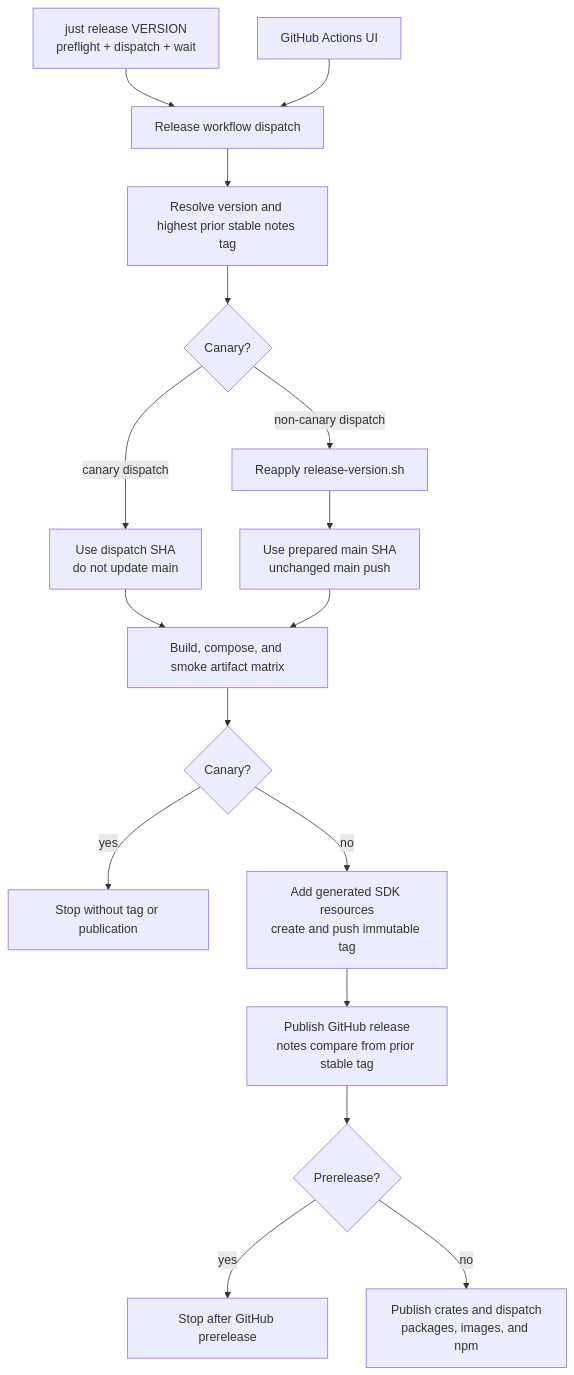
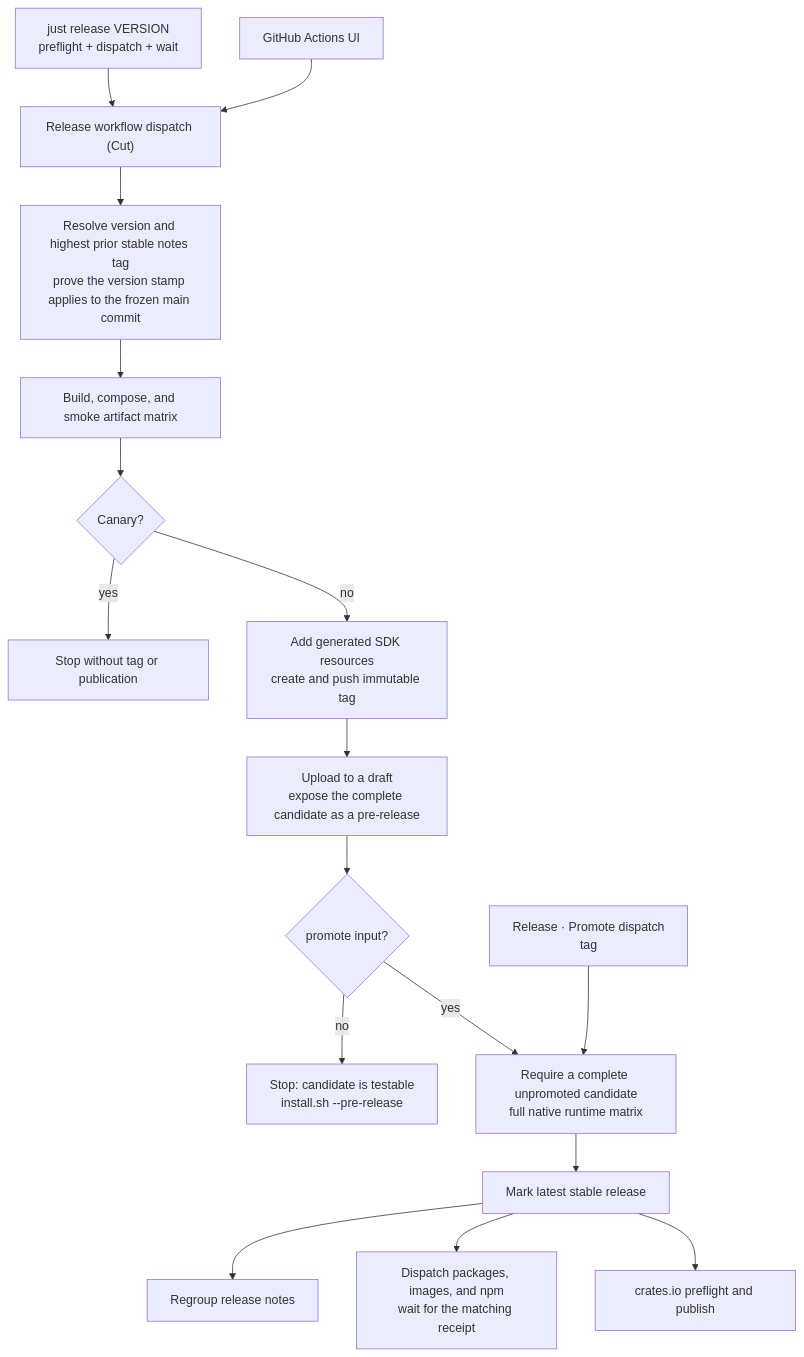
The first of 3 diagrams in ci/ci.md (Mesh-LLM/mesh-llm), drawn with Mermaid before and after one commit. The commit also changed other lines of this file and 20 other files, not shown here.

First line of the commit message:
ci(release): cut a real release candidate and promote it without a rebuild

````diff
--- a/ci/ci.md
+++ b/ci/ci.md
@@ -897,19 +905,19 @@
 ```mermaid
 flowchart TD
-    JUST["just release VERSION<br/>preflight + dispatch + wait"] --> DISPATCH["Release workflow dispatch"]
+    JUST["just release VERSION<br/>preflight + dispatch + wait"] --> DISPATCH["Release workflow dispatch (Cut)"]
     UI["GitHub Actions UI"] --> DISPATCH
-    DISPATCH --> META["Resolve version and highest prior stable notes tag"]
-    META --> PATH{"Canary?"}
-    PATH -- "canary dispatch" --> CANARY["Use dispatch SHA<br/>do not update main"]
-    PATH -- "non-canary dispatch" --> BUMP["Reapply release-version.sh"]
-    BUMP --> VERSION_COMMIT["Use prepared main SHA<br/>unchanged main push"]
-    CANARY --> BUILD["Build, compose, and smoke artifact matrix"]
-    VERSION_COMMIT --> BUILD
+    DISPATCH --> META["Resolve version and highest prior stable notes tag<br/>prove the version stamp applies to the frozen main commit"]
+    META --> BUILD["Build, compose, and smoke artifact matrix"]
     BUILD --> PUBLISHABLE{"Canary?"}
     PUBLISHABLE -- "yes" --> CANARY_DONE["Stop without tag or publication"]
     PUBLISHABLE -- "no" --> PREPARE_TAG["Add generated SDK resources<br/>create and push immutable tag"]
-    PREPARE_TAG --> RELEASE["Publish GitHub release<br/>notes compare from prior stable tag"]
-    RELEASE --> KIND{"Prerelease?"}
-    KIND -- "yes" --> RC_DONE["Stop after GitHub prerelease"]
-    KIND -- "no" --> DOWNSTREAM["Publish crates and dispatch<br/>packages, images, and npm"]
+    PREPARE_TAG --> RELEASE["Upload to a draft<br/>expose the complete candidate as a pre-release"]
+    RELEASE --> AUTO{"promote input?"}
+    AUTO -- "no" --> CANDIDATE_DONE["Stop: candidate is testable<br/>install.sh --pre-release"]
+    AUTO -- "yes" --> VERIFY
+    PROMOTE_DISPATCH["Release · Promote dispatch<br/>tag"] --> VERIFY["Require a complete unpromoted candidate<br/>full native runtime matrix"]
+    VERIFY --> FLIP["Mark latest stable release"]
+    FLIP --> NOTES["Regroup release notes"]
+    FLIP --> PACKAGING["Dispatch packages, images, and npm<br/>wait for the matching receipt"]
+    FLIP --> CRATES["crates.io preflight and publish"]
 ```
````
